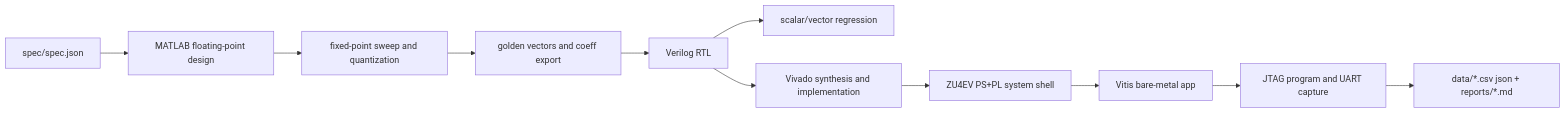
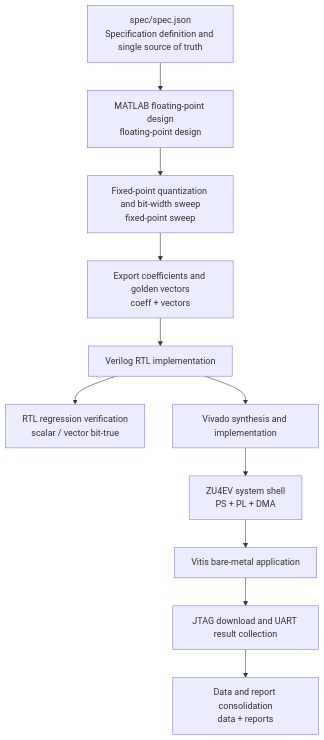
One commit to AIALRA-0/FIR-Lowpass-Filter changed the first of 2 diagrams in Report.md. Above: the diagram before and after it, drawn with Mermaid. The commit also changed other lines of this file and 88 other files, not shown here.

````diff
--- a/Report.md
+++ b/Report.md
@@ -110,13 +225,25 @@
 ```mermaid
-flowchart LR
-    A[spec/spec.json] --> B[MATLAB floating-point design]
-    B --> C[fixed-point sweep and quantization]
-    C --> D[golden vectors and coeff export]
-    D --> E[Verilog RTL]
-    E --> F[scalar/vector regression]
-    E --> G[Vivado synthesis and implementation]
-    G --> H[ZU4EV PS+PL system shell]
-    H --> I[Vitis bare-metal app]
-    I --> J[JTAG program and UART capture]
-    J --> K[data/*.csv json + reports/*.md]
+flowchart TD
+    A[spec/spec.json<br/>Specification definition and single source of truth]
+    B[MATLAB floating-point design<br/>floating-point design]
+    C[Fixed-point quantization and bit-width sweep<br/>fixed-point sweep]
+    D[Export coefficients and golden vectors<br/>coeff + vectors]
+    E[Verilog RTL implementation]
+    F[RTL regression verification<br/>scalar / vector bit-true]
+    G[Vivado synthesis and implementation]
+    H[ZU4EV system shell<br/>PS + PL + DMA]
+    I[Vitis bare-metal application]
+    J[JTAG download and UART result collection]
+    K[Data and report consolidation<br/>data + reports]
+
+    A --> B
+    B --> C
+    C --> D
+    D --> E
+    E --> F
+    E --> G
+    G --> H
+    H --> I
+    I --> J
+    J --> K
 ```
````
